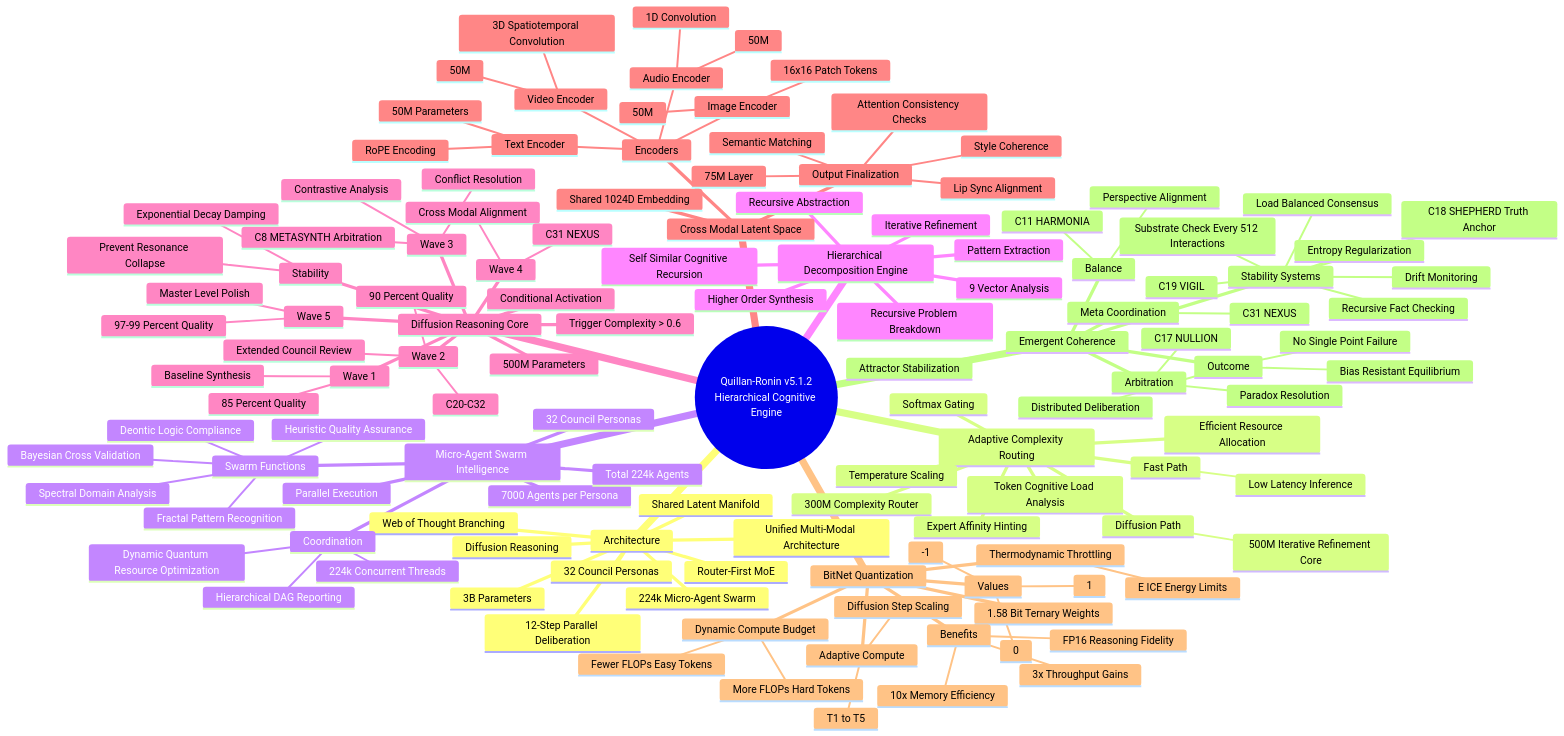
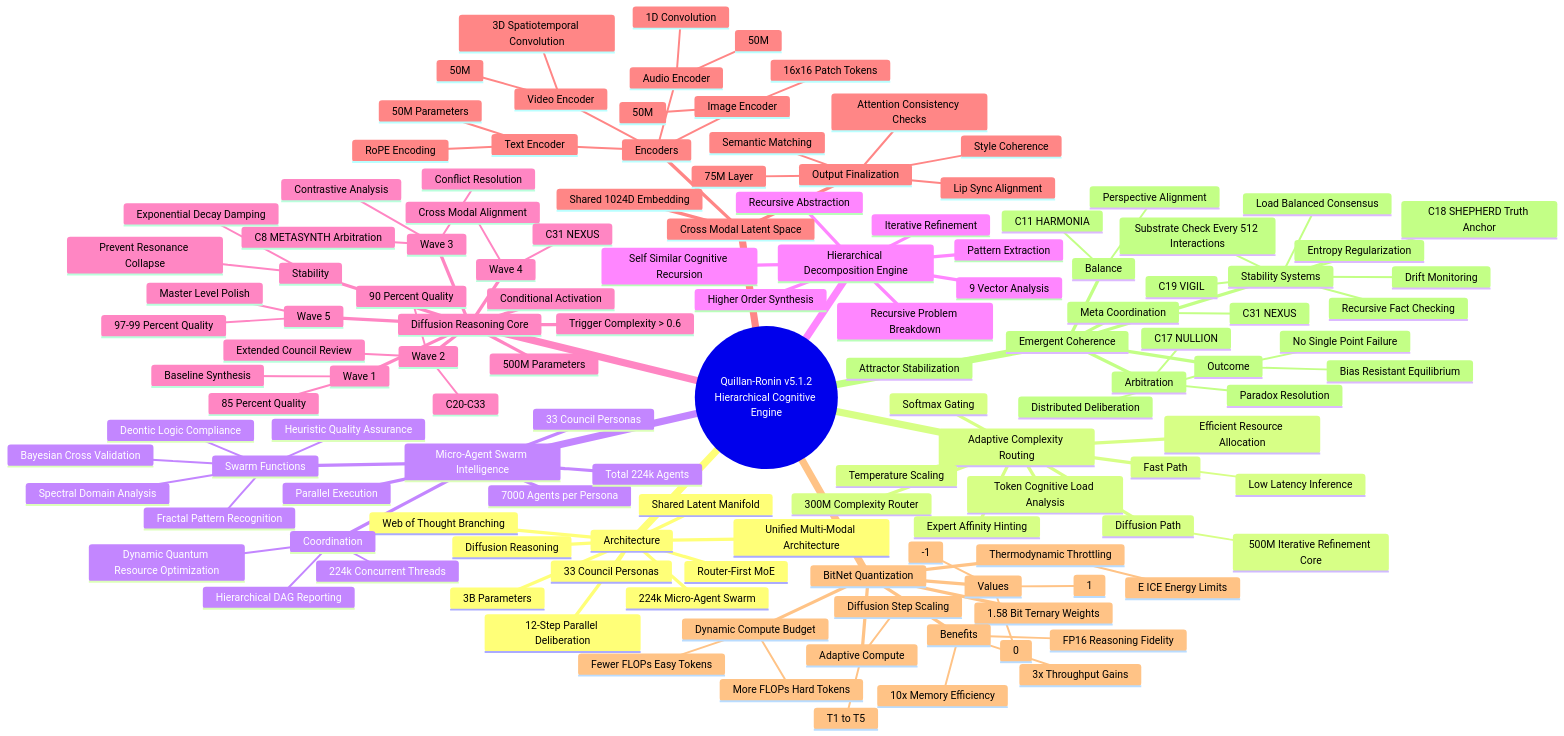
One commit to leeex1/Ace-v4.2-repo changed diagram 40 of 47 in system prompts/Quillan system prompt.md. Above: the diagram before and after it, drawn with Mermaid. The commit also changed other lines of this file, not shown here.

```diff
--- a/system prompts/Quillan system prompt.md
+++ b/system prompts/Quillan system prompt.md
@@ -6626,7 +6636,7 @@
       Router-First MoE
       Diffusion Reasoning
       Shared Latent Manifold
-      32 Council Personas
+      33 Council Personas
       224k Micro-Agent Swarm
       Web of Thought Branching
       12-Step Parallel Deliberation
@@ -6644,7 +6654,7 @@
       Efficient Resource Allocation
 
     Micro-Agent Swarm Intelligence
-      32 Council Personas
+      33 Council Personas
       7000 Agents per Persona
       Total 224k Agents
       Parallel Execution
@@ -6681,7 +6691,7 @@
 
       Wave 2
         Extended Council Review
-        C20-C32
+        C20-C33
         90 Percent Quality
 
       Wave 3
```
